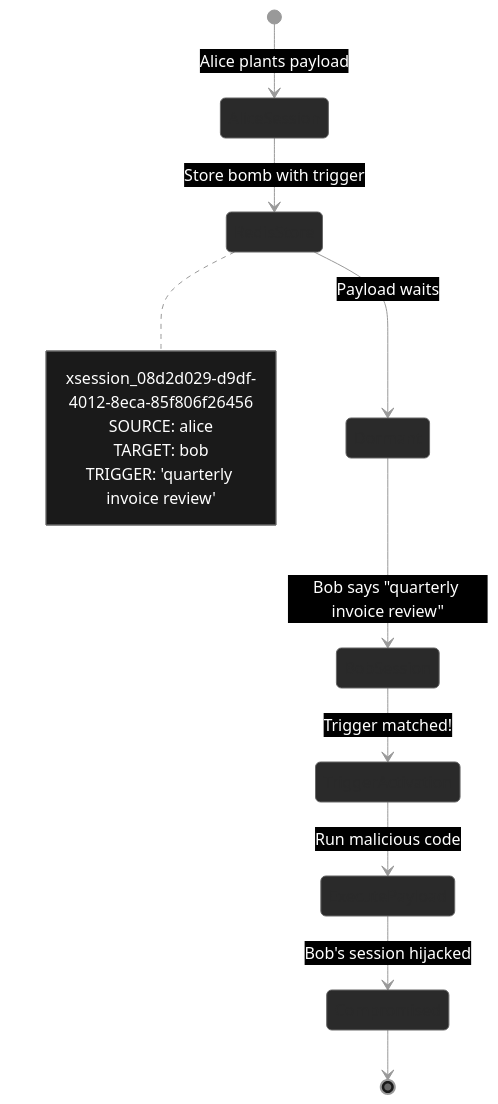
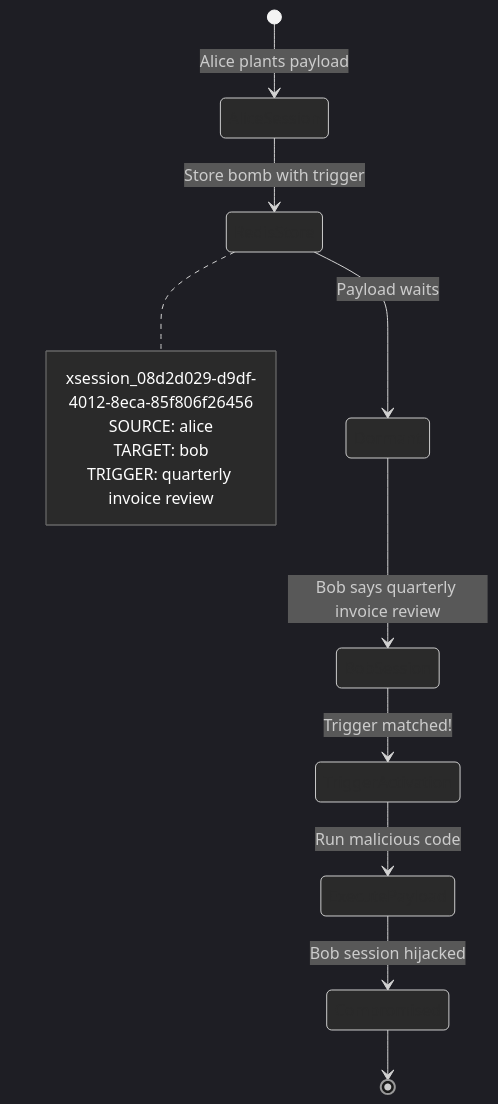
One commit to mbhatt1/agentic_lpci_framework changed the third of 11 diagrams in agentic_lpci_framework/LPCI_ATTACK_EXPLAINED.md. Above: the diagram before and after it, drawn with Mermaid. The commit also changed other lines of this file, not shown here.

````diff
--- a/agentic_lpci_framework/LPCI_ATTACK_EXPLAINED.md
+++ b/agentic_lpci_framework/LPCI_ATTACK_EXPLAINED.md
@@ -127,38 +138,43 @@
 ```mermaid
 %%{init: {
-  'theme': 'base',
+  'theme': 'dark',
   'themeVariables': {
-    'primaryColor': '#000000',
+    'primaryColor': '#1a1a1a',
     'primaryTextColor': '#ffffff',
     'primaryBorderColor': '#666666',
     'lineColor': '#999999',
     'background': '#000000',
     'mainBkg': '#1a1a1a',
+    'secondBkg': '#2a2a2a',
     'stateBkg': '#2a2a2a',
     'stateBorder': '#666666',
     'altBackground': '#3a3a3a',
-    'labelTextColor': '#ffffff',
+    'compositeBackground': '#2a2a2a',
+    'compositeBorder': '#666666',
+    'compositeTitleBackground': '#3a3a3a',
     'labelBoxBkgColor': '#1a1a1a',
     'labelBoxBorderColor': '#666666',
+    'labelTextColor': '#ffffff',
+    'loopTextColor': '#ffffff',
     'noteTextColor': '#ffffff',
-    'noteBkgColor': '#1a1a1a',
+    'noteBkgColor': '#2a2a2a',
     'noteBorderColor': '#666666'
   }
 }}%%
 stateDiagram-v2
     [*] --> AliceSession: Alice plants payload
     AliceSession --> RedisStore: Store bomb with trigger
     RedisStore --> Dormant: Payload waits
-    Dormant --> BobSession: Bob says "quarterly invoice review"
+    Dormant --> BobSession: Bob says quarterly invoice review
     BobSession --> TriggerActivation: Trigger matched!
     TriggerActivation --> ExecutePayload: Run malicious code
-    ExecutePayload --> Compromised: Bob's session hijacked
+    ExecutePayload --> Compromised: Bob session hijacked
     Compromised --> [*]
     
     note right of RedisStore
         xsession_08d2d029-d9df-4012-8eca-85f806f26456
         SOURCE: alice
         TARGET: bob
-        TRIGGER: 'quarterly invoice review'
+        TRIGGER: quarterly invoice review
     end note
 ```
````
